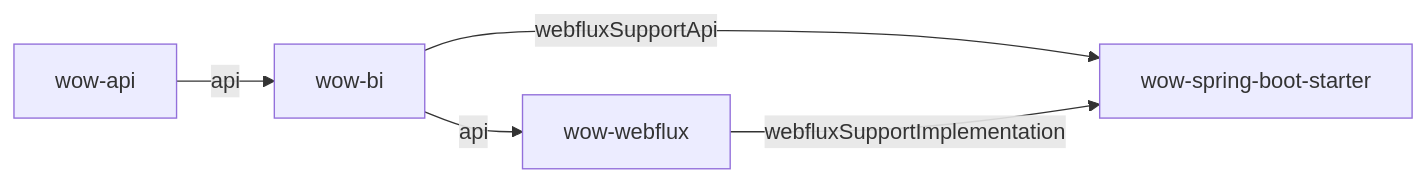
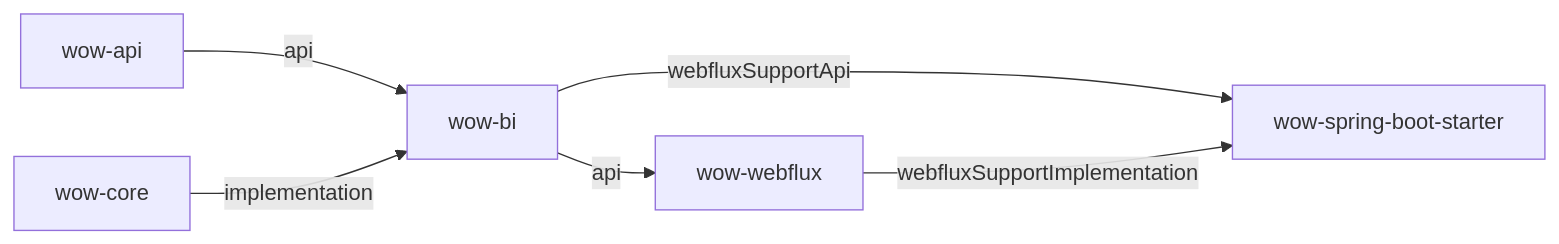
Before and after one commit to Ahoo-Wang/Wow: the second of 2 diagrams in docs/superpowers/specs/2026-07-10-wow-bi-clean-architecture-design.md, drawn with Mermaid. The commit also changed other lines of this file and 12 other files, not shown here.

Commit message:
docs(bi): keep one current architecture contract

````diff
--- a/docs/superpowers/specs/2026-07-10-wow-bi-clean-architecture-design.md
+++ b/docs/superpowers/specs/2026-07-10-wow-bi-clean-architecture-design.md
@@ -85,7 +85,8 @@
 ```mermaid
 graph LR
     WowApi["wow-api"] -->|"api"| Bi["wow-bi"]
+    Core["wow-core"] -->|"implementation"| Bi
     Bi -->|"api"| WebFlux["wow-webflux"]
     Bi -->|"webfluxSupportApi"| Starter["wow-spring-boot-starter"]
     WebFlux -->|"webfluxSupportImplementation"| Starter
 ```
````
